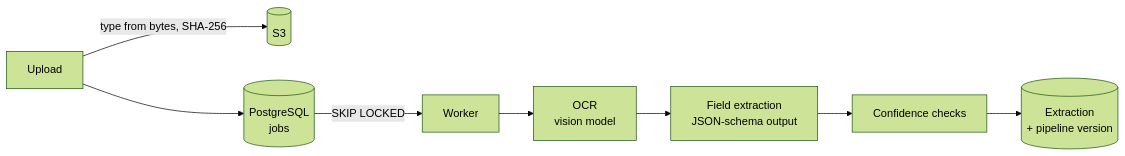
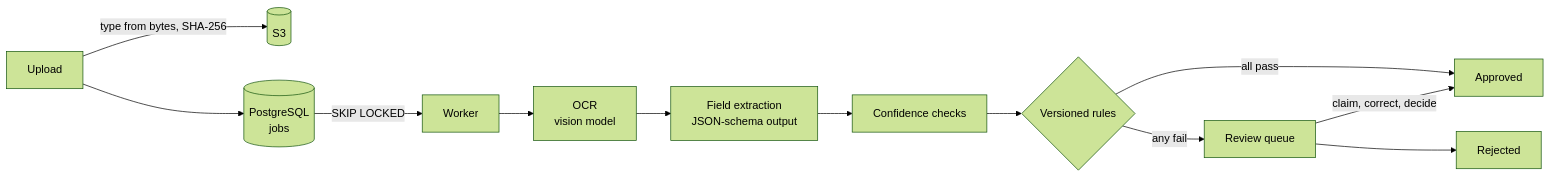
The diagram in README.md (Shivasaireddy007/docflow-ai), drawn with Mermaid (forest theme) before and after one commit. The commit also changed other lines of this file and 3 other files, not shown here.

````diff
--- a/README.md
+++ b/README.md
@@ -30,10 +38,14 @@
 ```mermaid
 flowchart LR
     U[Upload] -->|"type from bytes, SHA-256"| S[(S3)]
     U --> Q[(PostgreSQL<br/>jobs)]
     Q -->|"SKIP LOCKED"| W[Worker]
     W --> O[OCR<br/>vision model]
     O --> X[Field extraction<br/>JSON-schema output]
     X --> C[Confidence checks]
-    C --> R[(Extraction<br/>+ pipeline version)]
+    C --> RU{Versioned rules}
+    RU -->|all pass| A[Approved]
+    RU -->|any fail| H[Review queue]
+    H -->|"claim, correct, decide"| A
+    H --> RJ[Rejected]
 ```
````
